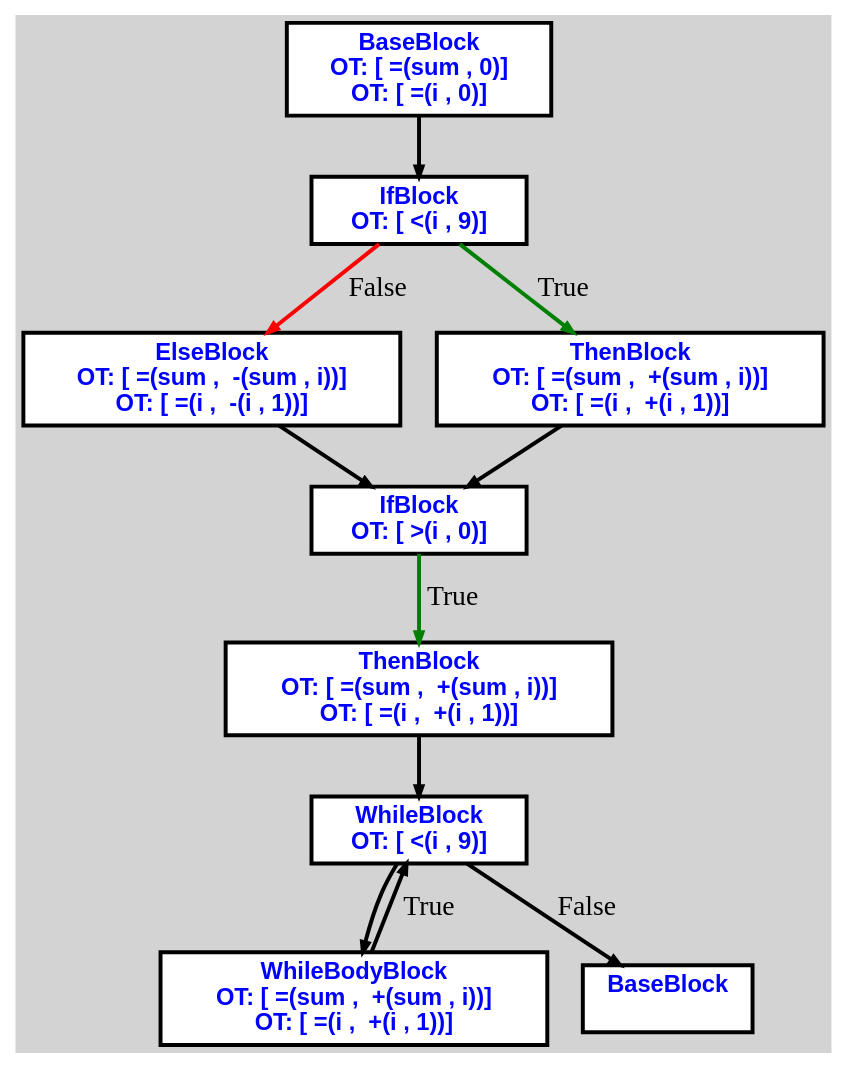
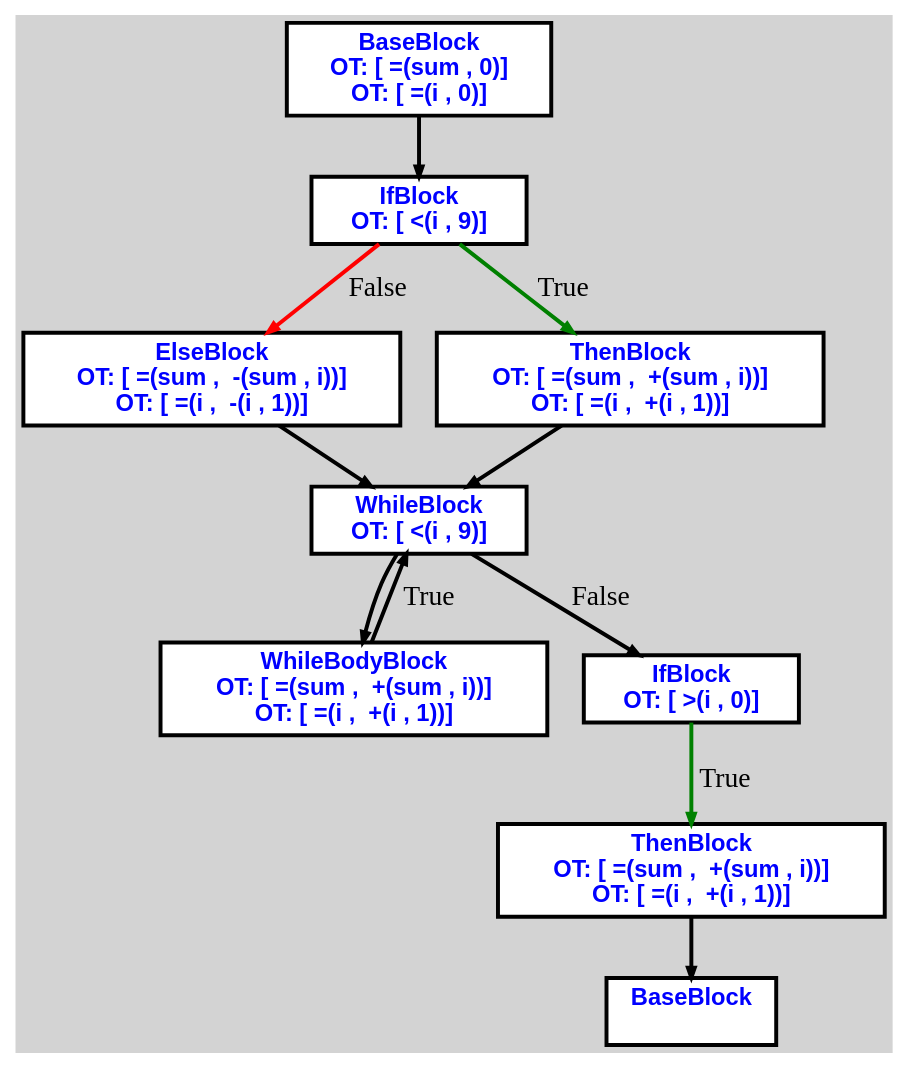
One commit to aveen007/CountingMonkeys changed the diagram in cpoCompilerWin/cfgi0.dot. Above: the diagram before and after it, drawn with Graphviz. The commit also changed 6 other files, not shown here.

```diff
--- a/cpoCompilerWin/cfgi0.dot
+++ b/cpoCompilerWin/cfgi0.dot
@@ -1,39 +1,39 @@
 digraph G {
 ordering=out;
 ranksep=.4;
 bgcolor="lightgrey";  node [shape=box, fixedsize=false, fontsize=12, fontname="Helvetica-bold", fontcolor="blue"
 width=.25, height=.25, color="black", fillcolor="white", style="filled, solid, bold"];
 
-edge [arrowsize=.5, color="black", style="bold"]    n000002204DC50290 [label="BaseBlock\n OT: [ =(sum , 0)]
+edge [arrowsize=.5, color="black", style="bold"]    n0000024D423B0220 [label="BaseBlock\n OT: [ =(sum , 0)]
 OT: [ =(i , 0)]
 "]
-    n000002204DC50290 -> n000002204DC4FDC0
-    n000002204DC4FDC0 [label="IfBlock\n OT: [ <(i , 9)]
+    n0000024D423B0220 -> n0000024D423AFE30
+    n0000024D423AFE30 [label="IfBlock\n OT: [ <(i , 9)]
 "]
-    n000002204DC4F730 [label="ElseBlock\n OT: [ =(sum ,  -(sum , i))]
+    n0000024D423AFC00 [label="ElseBlock\n OT: [ =(sum ,  -(sum , i))]
 OT: [ =(i ,  -(i , 1))]
 "]
-    n000002204DC4FB90 [label="ThenBlock\n OT: [ =(sum ,  +(sum , i))]
+    n0000024D423B0370 [label="ThenBlock\n OT: [ =(sum ,  +(sum , i))]
 OT: [ =(i ,  +(i , 1))]
 "]
-    n000002204DC4FDC0 -> n000002204DC4F730 [label="False" color="red"]
-    n000002204DC4F730 -> n000002204DC4FF80    n000002204DC4FDC0 -> n000002204DC4FB90 [label="True" color="green"]
-    n000002204DC4FB90 -> n000002204DC4FF80    n000002204DC4FF80 [label="IfBlock\n OT: [ >(i , 0)]
+    n0000024D423AFE30 -> n0000024D423AFC00 [label="False" color="red"]
+    n0000024D423AFC00 -> n0000024D423AF8F0    n0000024D423AFE30 -> n0000024D423B0370 [label="True" color="green"]
+    n0000024D423B0370 -> n0000024D423AF8F0    n0000024D423AF8F0 [label="WhileBlock\n OT: [ <(i , 9)]
 "]
-    n000002204DC4F9D0 [label="ThenBlock\n OT: [ =(sum ,  +(sum , i))]
+    n0000024D423AF8F0 -> n0000024D423B0140
+    n0000024D423B0140 [label="WhileBodyBlock\n OT: [ =(sum ,  +(sum , i))]
 OT: [ =(i ,  +(i , 1))]
 "]
-    n000002204DC4FF80 -> n000002204DC4F9D0 [label="True" color="green"]
-    n000002204DC4F9D0 -> n000002204DC503E0    n000002204DC503E0 [label="WhileBlock\n OT: [ <(i , 9)]
-"]
-    n000002204DC503E0 -> n000002204DC4F5E0
-    n000002204DC4F5E0 [label="WhileBodyBlock\n OT: [ =(sum ,  +(sum , i))]
+    n0000024D423B0140 [label="WhileBodyBlock\n OT: [ =(sum ,  +(sum , i))]
 OT: [ =(i ,  +(i , 1))]
 "]
-    n000002204DC4F5E0 [label="WhileBodyBlock\n OT: [ =(sum ,  +(sum , i))]
+    n0000024D423B0140 -> n0000024D423AF8F0 [label="True" color="black"]
+    n0000024D423AF8F0 -> n0000024D423AFF10 [label="False" color="black"]
+    n0000024D423AFF10 [label="IfBlock\n OT: [ >(i , 0)]
+"]
+    n0000024D423AFF80 [label="ThenBlock\n OT: [ =(sum ,  +(sum , i))]
 OT: [ =(i ,  +(i , 1))]
 "]
-    n000002204DC4F5E0 -> n000002204DC503E0 [label="True" color="black"]
-    n000002204DC503E0 -> n000002204DC4FC70 [label="False" color="black"]
-    n000002204DC4FC70 [label="BaseBlock\n "]
+    n0000024D423AFF10 -> n0000024D423AFF80 [label="True" color="green"]
+    n0000024D423AFF80 -> n0000024D423AF6C0    n0000024D423AF6C0 [label="BaseBlock\n "]
 }
```
